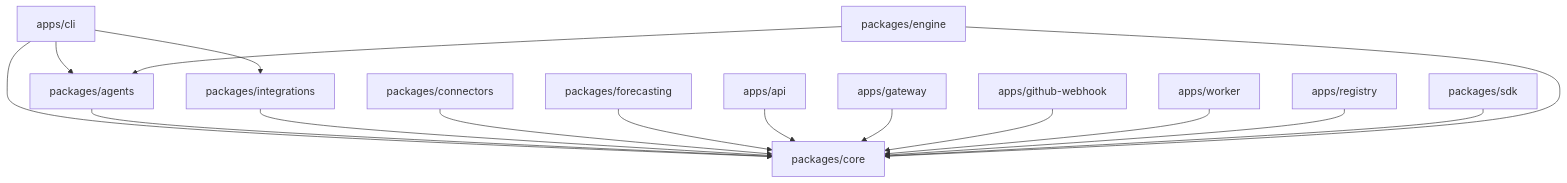
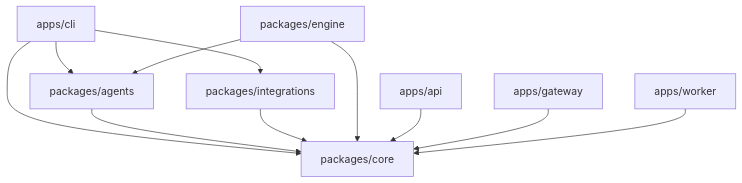
The third of 3 diagrams in README.md (intent-solutions-io/iam-git-with-intent), drawn with Mermaid before and after one commit. The commit also changed other lines of this file and 1 other file, not shown here.

````diff
--- a/README.md
+++ b/README.md
@@ -389,21 +153,13 @@
 ```mermaid
 flowchart TD
-    cli[apps/cli] --> agents[packages/agents]
-    cli --> integrations[packages/integrations]
-    cli --> core[packages/core]
-
+    cli["apps/cli"] --> agents["packages/agents"]
+    cli --> integrations["packages/integrations"]
+    cli --> core["packages/core"]
     agents --> core
     integrations --> core
-    connectors[packages/connectors] --> core
-    forecasting[packages/forecasting] --> core
-
-    api[apps/api] --> core
-    gateway[apps/gateway] --> core
-    webhook[apps/github-webhook] --> core
-    worker[apps/worker] --> core
-    registry[apps/registry] --> core
-
-    sdk[packages/sdk] --> core
-    engine[packages/engine] --> agents
+    engine["packages/engine"] --> agents
     engine --> core
+    api["apps/api"] --> core
+    gateway["apps/gateway"] --> core
+    worker["apps/worker"] --> core
 ```
````
